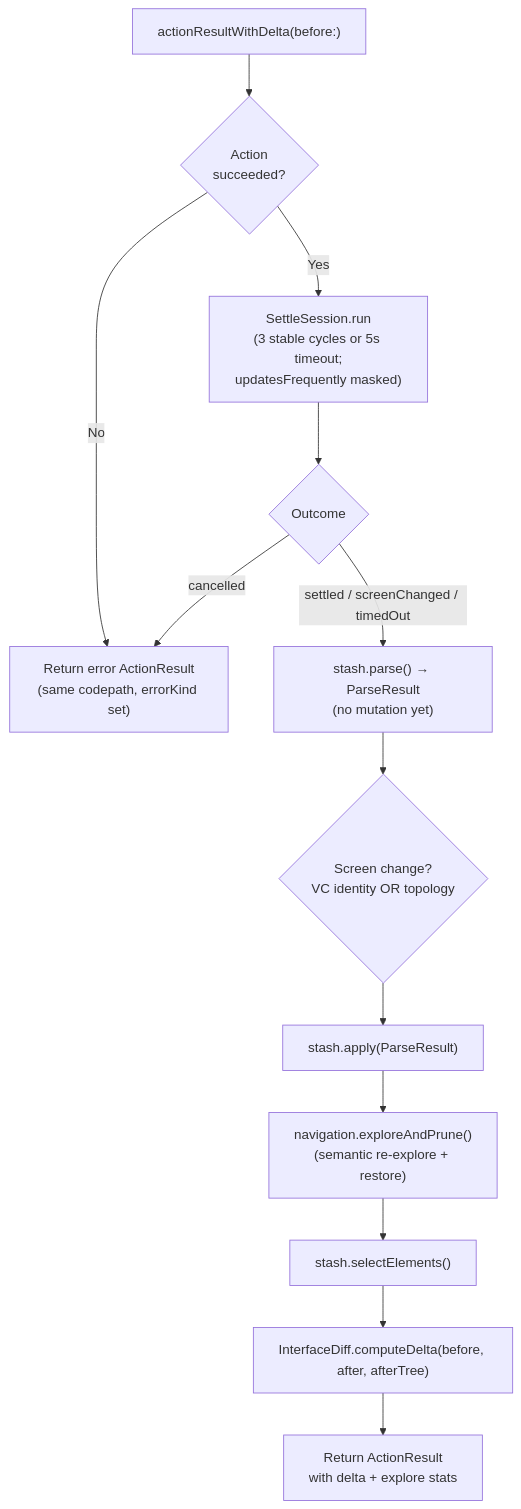
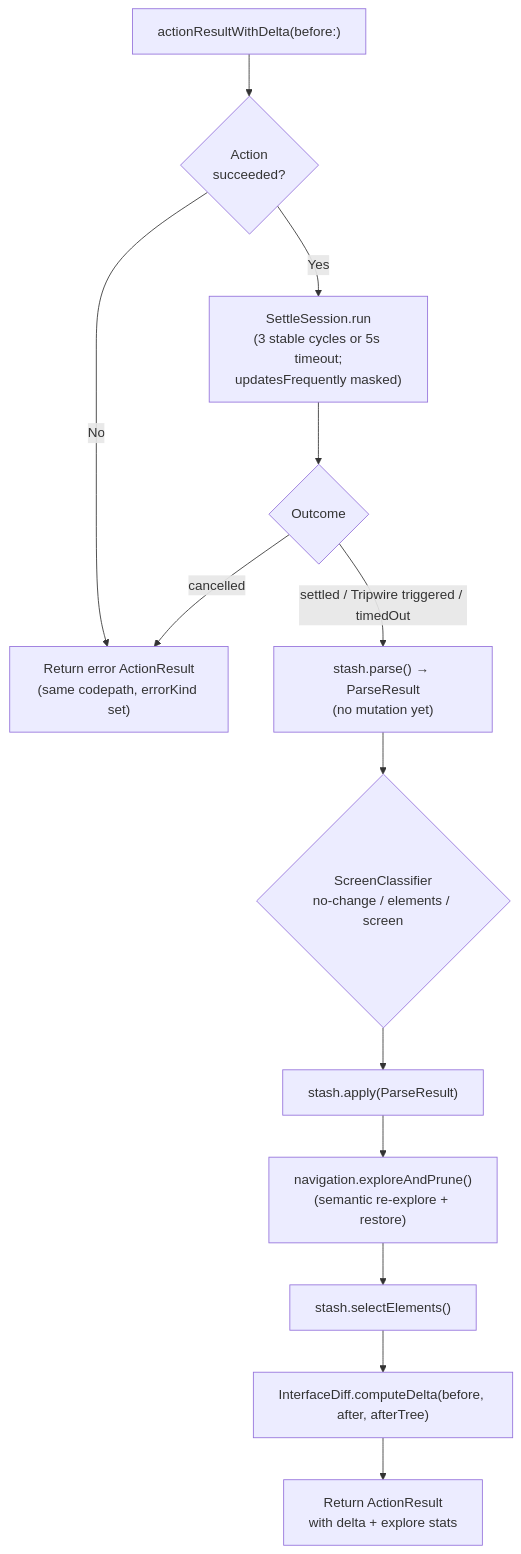
Before and after one commit to RoyalPineapple/TheButtonHeist: the third of 3 diagrams in docs/dossiers/13-THEBRAINS.md, drawn with Mermaid. The commit also changed other lines of this file and 24 other files, not shown here.

Commit message:
Refine tripwire screen classification

````diff
--- a/docs/dossiers/13-THEBRAINS.md
+++ b/docs/dossiers/13-THEBRAINS.md
@@ -95,17 +95,17 @@
 ```mermaid
 flowchart TD
     A["actionResultWithDelta(before:)"] --> B{Action<br/>succeeded?}
     B -->|No| C["Return error ActionResult<br/>(same codepath, errorKind set)"]
     B -->|Yes| D["SettleSession.run<br/>(3 stable cycles or 5s timeout;<br/>updatesFrequently masked)"]
     D --> CANC{Outcome}
     CANC -->|cancelled| C
-    CANC -->|settled / screenChanged / timedOut| E["stash.parse() → ParseResult<br/>(no mutation yet)"]
+    CANC -->|settled / Tripwire triggered / timedOut| E["stash.parse() → ParseResult<br/>(no mutation yet)"]
 
-    E --> F{Screen change?<br/>VC identity OR topology}
+    E --> F{ScreenClassifier<br/>no-change / elements / screen}
     F --> H["stash.apply(ParseResult)"]
 
     H --> I["navigation.exploreAndPrune()<br/>(semantic re-explore + restore)"]
     I --> J["stash.selectElements()"]
     J --> K["InterfaceDiff.computeDelta(before, after, afterTree)"]
     K --> L["Return ActionResult<br/>with delta + explore stats"]
 ```
````
